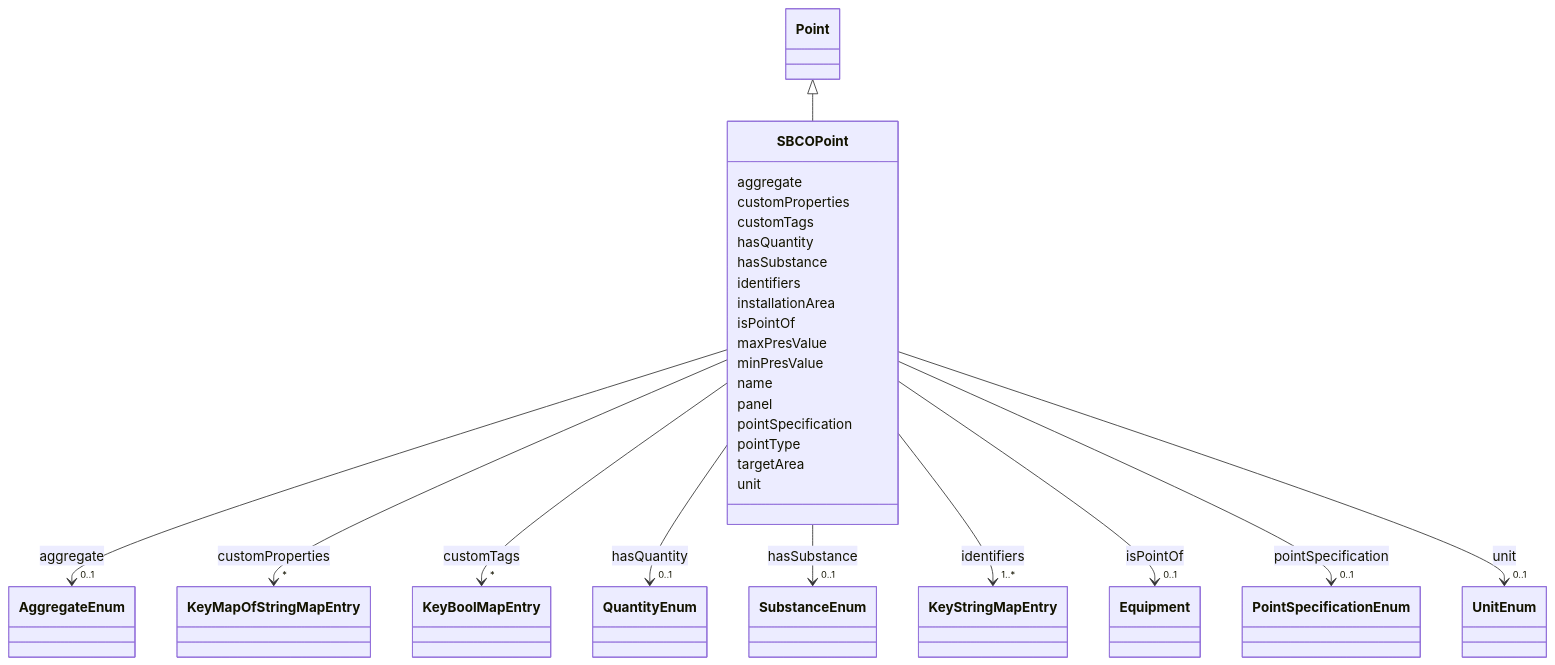
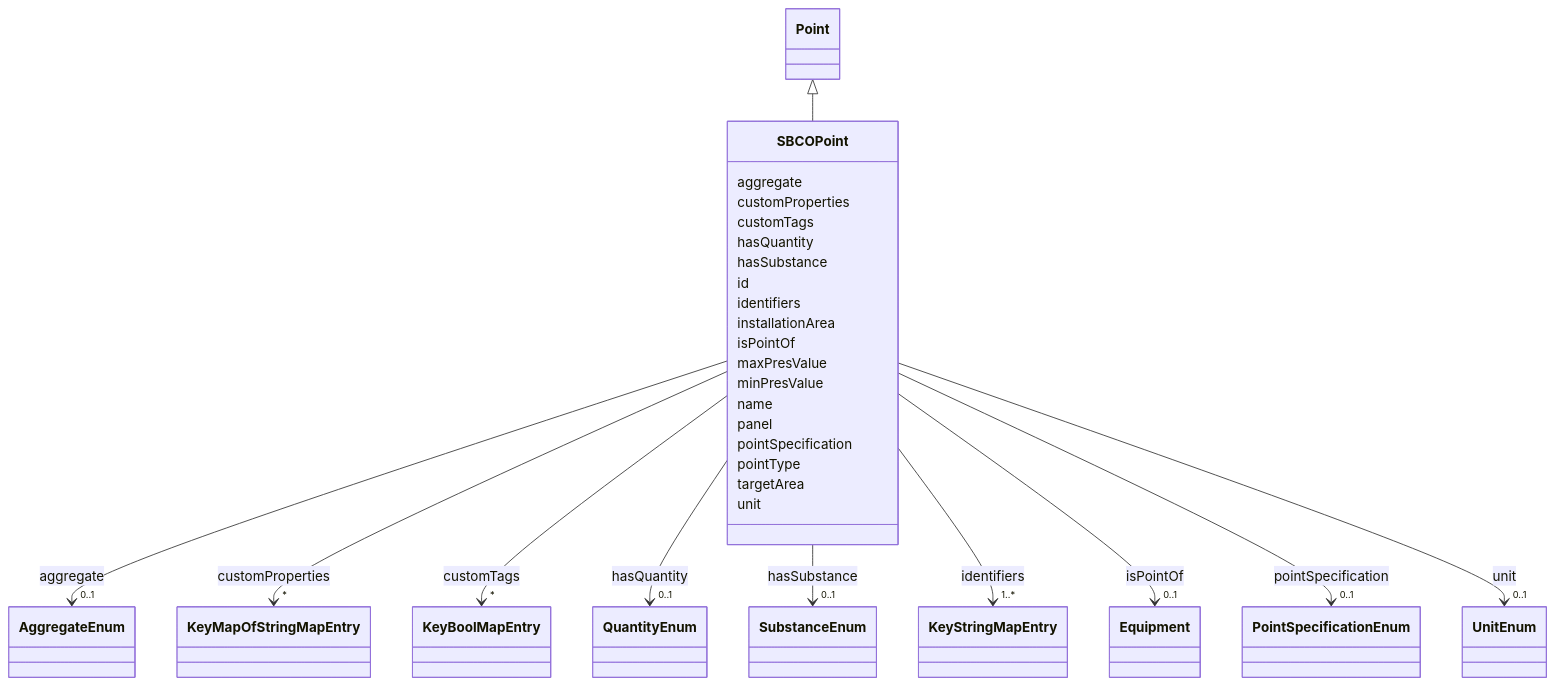
One commit to takashikasuya/smartbuiding_ontology changed the diagram in docs/SBCOPoint.md. Above: the diagram before and after it, drawn with Mermaid. The commit also changed other lines of this file and 38 other files, not shown here.

Commit message:
Add 'id' slot to Space class in building model schema

```diff
--- a/docs/SBCOPoint.md
+++ b/docs/SBCOPoint.md
@@ -77,6 +77,8 @@
     
 
         
+      SBCOPoint : id
+        
       SBCOPoint : identifiers
         
           
```
